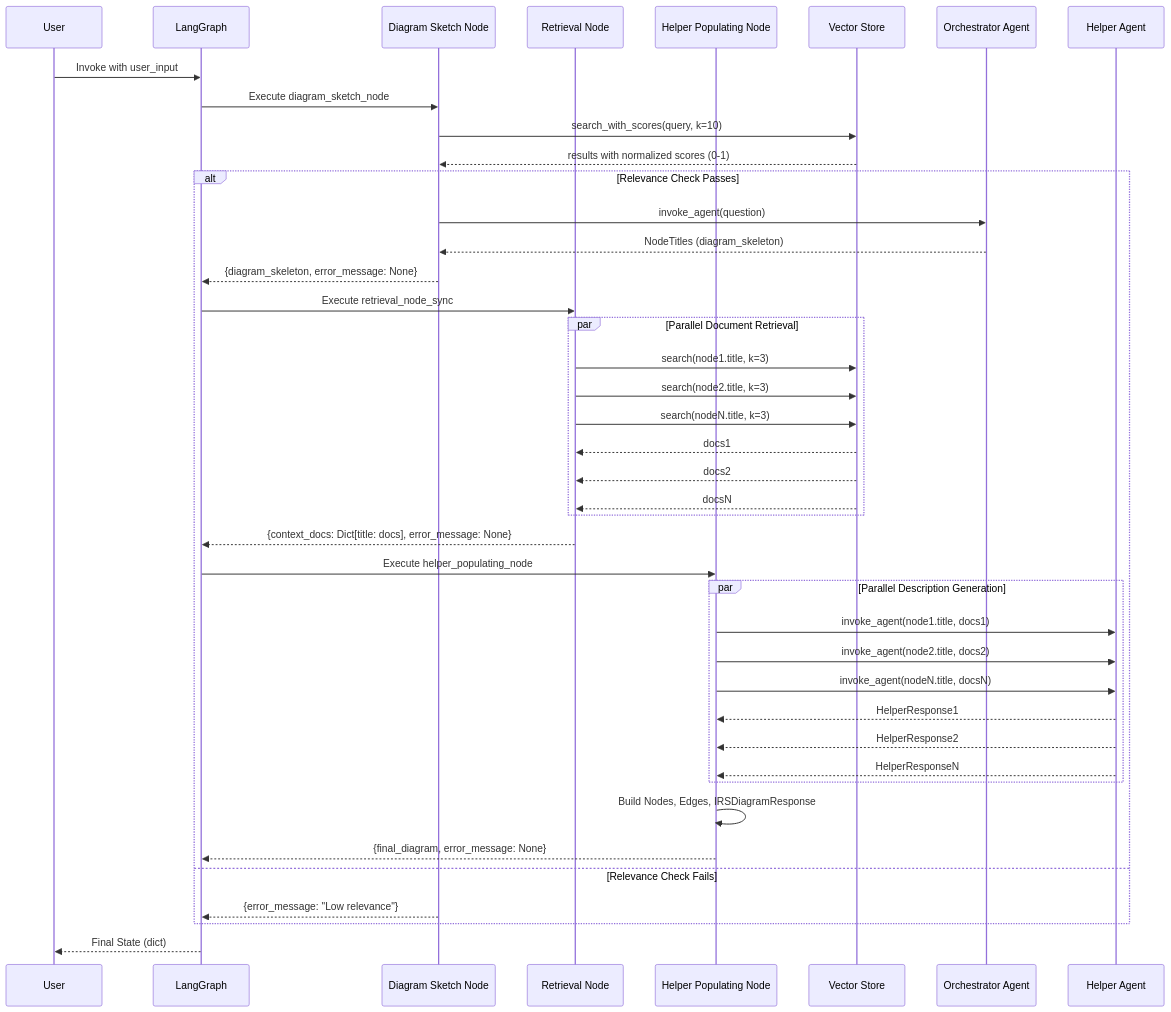
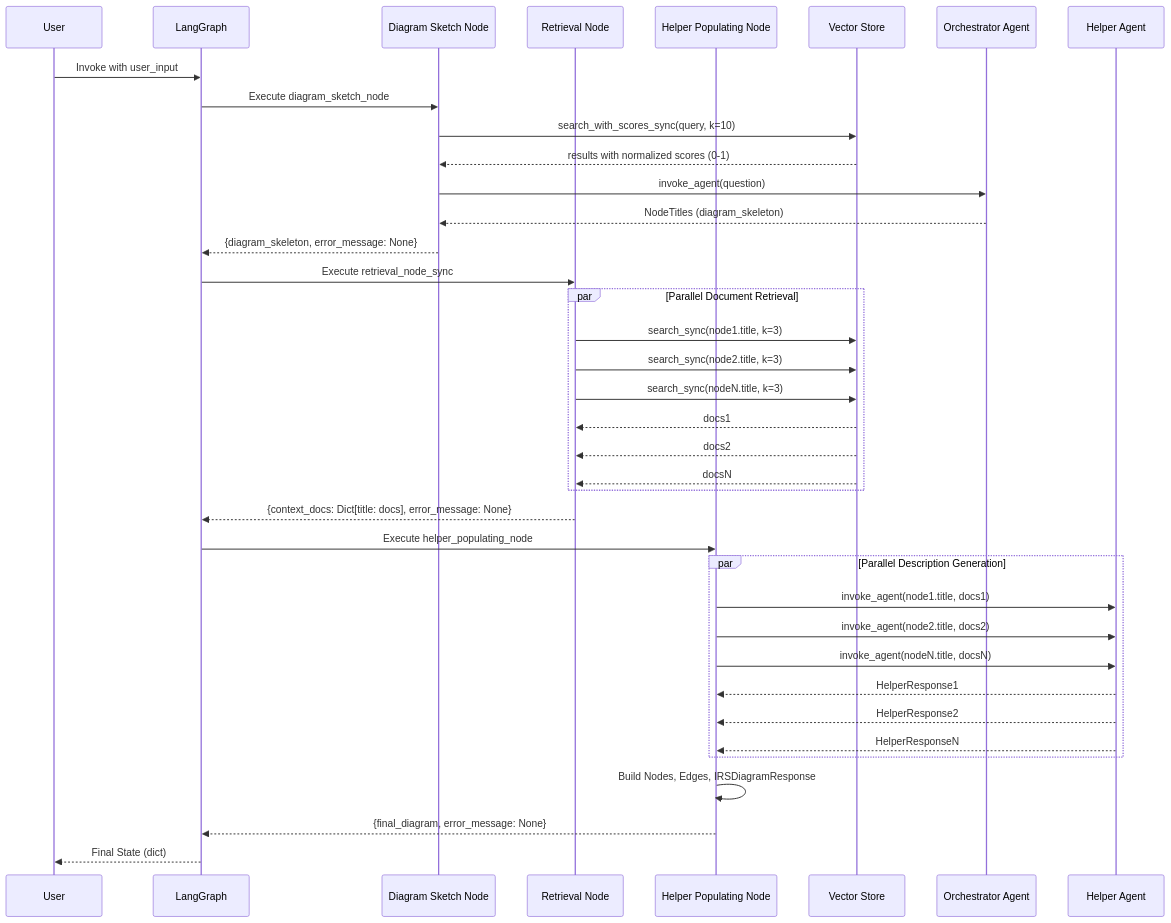
The fifth of 10 diagrams in README.md (h19overflow/diagram_maker), drawn with Mermaid before and after one commit. The commit also changed other lines of this file, not shown here.

````diff
--- a/README.md
+++ b/README.md
@@ -377,55 +368,50 @@
 ```mermaid
 sequenceDiagram
     participant User
     participant Graph as LangGraph
     participant Sketch as Diagram Sketch Node
     participant Retrieval as Retrieval Node
     participant Helper as Helper Populating Node
     participant VS as Vector Store
     participant OA as Orchestrator Agent
     participant HA as Helper Agent
 
     User->>Graph: Invoke with user_input
     Graph->>Sketch: Execute diagram_sketch_node
 
-    Sketch->>VS: search_with_scores(query, k=10)
+    Sketch->>VS: search_with_scores_sync(query, k=10)
     VS-->>Sketch: results with normalized scores (0-1)
 
-    alt Relevance Check Passes
-        Sketch->>OA: invoke_agent(question)
-        OA-->>Sketch: NodeTitles (diagram_skeleton)
-        Sketch-->>Graph: {diagram_skeleton, error_message: None}
+    Sketch->>OA: invoke_agent(question)
+    OA-->>Sketch: NodeTitles (diagram_skeleton)
+    Sketch-->>Graph: {diagram_skeleton, error_message: None}
 
-        Graph->>Retrieval: Execute retrieval_node_sync
+    Graph->>Retrieval: Execute retrieval_node_sync
 
-        par Parallel Document Retrieval
-            Retrieval->>VS: search(node1.title, k=3)
-            Retrieval->>VS: search(node2.title, k=3)
-            Retrieval->>VS: search(nodeN.title, k=3)
-            VS-->>Retrieval: docs1
-            VS-->>Retrieval: docs2
-            VS-->>Retrieval: docsN
-        end
+    par Parallel Document Retrieval
+        Retrieval->>VS: search_sync(node1.title, k=3)
+        Retrieval->>VS: search_sync(node2.title, k=3)
+        Retrieval->>VS: search_sync(nodeN.title, k=3)
+        VS-->>Retrieval: docs1
+        VS-->>Retrieval: docs2
+        VS-->>Retrieval: docsN
+    end
 
-        Retrieval-->>Graph: {context_docs: Dict[title: docs], error_message: None}
+    Retrieval-->>Graph: {context_docs: Dict[title: docs], error_message: None}
 
-        Graph->>Helper: Execute helper_populating_node
+    Graph->>Helper: Execute helper_populating_node
 
-        par Parallel Description Generation
-            Helper->>HA: invoke_agent(node1.title, docs1)
-            Helper->>HA: invoke_agent(node2.title, docs2)
-            Helper->>HA: invoke_agent(nodeN.title, docsN)
-            HA-->>Helper: HelperResponse1
-            HA-->>Helper: HelperResponse2
-            HA-->>Helper: HelperResponseN
-        end
+    par Parallel Description Generation
+        Helper->>HA: invoke_agent(node1.title, docs1)
+        Helper->>HA: invoke_agent(node2.title, docs2)
+        Helper->>HA: invoke_agent(nodeN.title, docsN)
+        HA-->>Helper: HelperResponse1
+        HA-->>Helper: HelperResponse2
+        HA-->>Helper: HelperResponseN
+    end
 
-        Helper->>Helper: Build Nodes, Edges, IRSDiagramResponse
-        Helper-->>Graph: {final_diagram, error_message: None}
-
-    else Relevance Check Fails
-        Sketch-->>Graph: {error_message: "Low relevance"}
-    end
+    Helper->>Helper: Build Nodes, Edges, IRSDiagramResponse
+    Helper-->>Graph: {final_diagram, error_message: None}
 
     Graph-->>User: Final State (dict)
 ```
````
